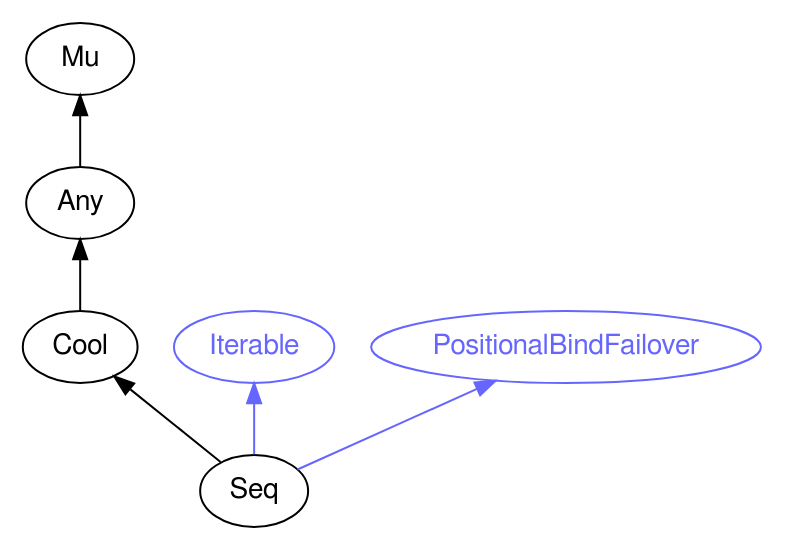
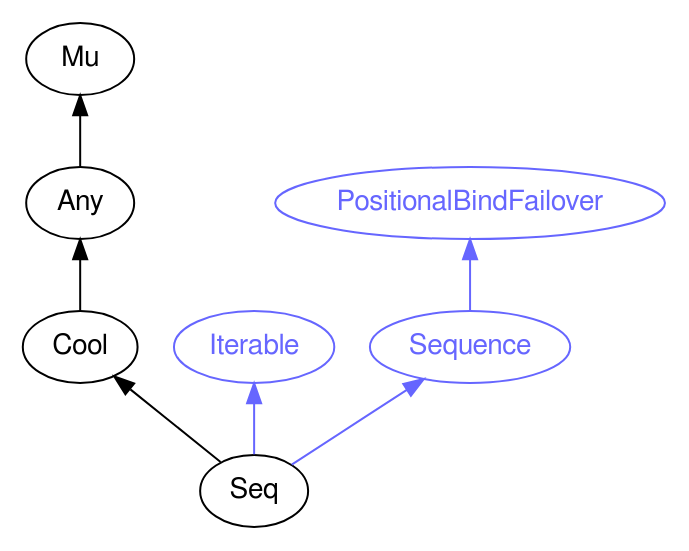
One commit to rakudocs/rakudocs.github.io changed the diagram in images/type-graph-Seq.svg.dot. Above: the diagram before and after it, drawn with Graphviz. The commit also changed 2867 other files, not shown here.

```diff
--- a/images/type-graph-Seq.svg.dot
+++ b/images/type-graph-Seq.svg.dot
@@ -1,21 +1,24 @@
 digraph "perl6-type-graph" {
     rankdir=BT;
     splines=polyline;
     overlap=false; 
+    graph [truecolor=true bgcolor="#FFFFFF"];
     // Types
     "Seq" [color="#000000", fontcolor="#000000", href="/type/Seq", fontname="FreeSans"];
     "Mu" [color="#000000", fontcolor="#000000", href="/type/Mu", fontname="FreeSans"];
     "Any" [color="#000000", fontcolor="#000000", href="/type/Any", fontname="FreeSans"];
     "Cool" [color="#000000", fontcolor="#000000", href="/type/Cool", fontname="FreeSans"];
     "Iterable" [color="#6666FF", fontcolor="#6666FF", href="/type/Iterable", fontname="FreeSans"];
     "PositionalBindFailover" [color="#6666FF", fontcolor="#6666FF", href="/type/PositionalBindFailover", fontname="FreeSans"];
+    "Sequence" [color="#6666FF", fontcolor="#6666FF", href="/type/Sequence", fontname="FreeSans"];
 
     // Superclasses
     "Seq" -> "Cool" [color="#000000"];
     "Any" -> "Mu" [color="#000000"];
     "Cool" -> "Any" [color="#000000"];
 
     // Roles
     "Seq" -> "Iterable" [color="#6666FF"];
-    "Seq" -> "PositionalBindFailover" [color="#6666FF"];
+    "Seq" -> "Sequence" [color="#6666FF"];
+    "Sequence" -> "PositionalBindFailover" [color="#6666FF"];
 }
```
